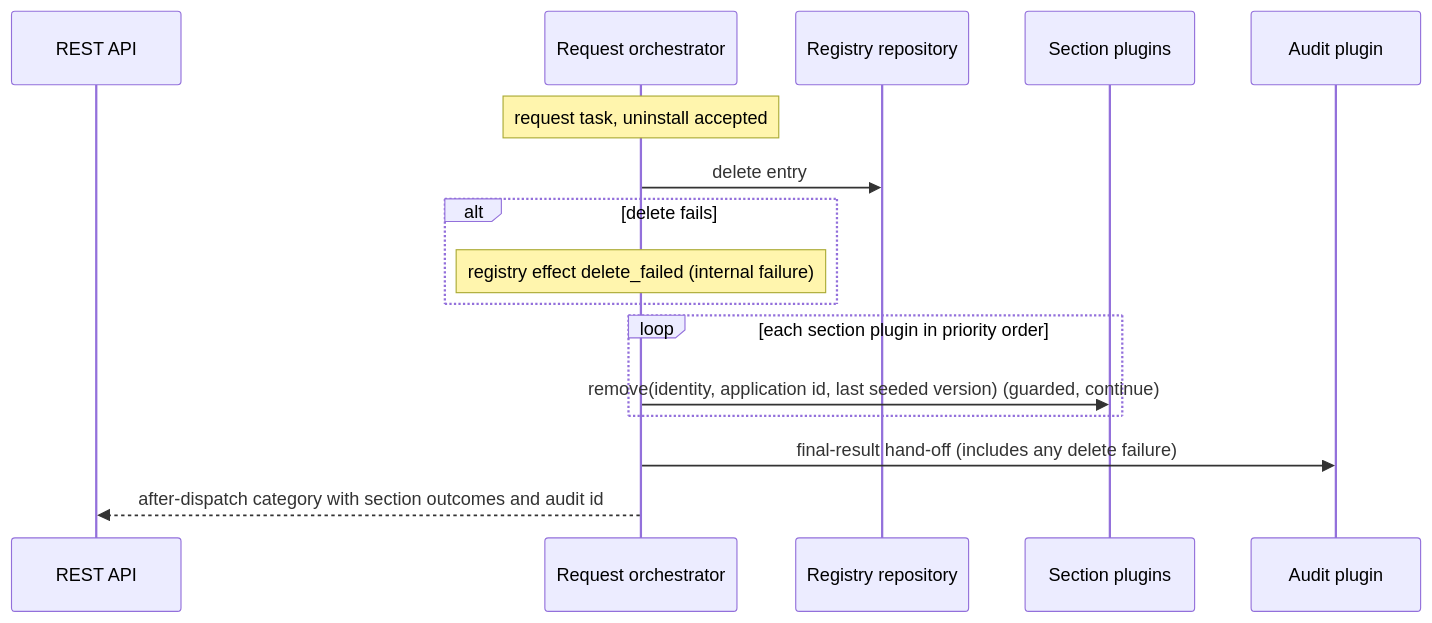
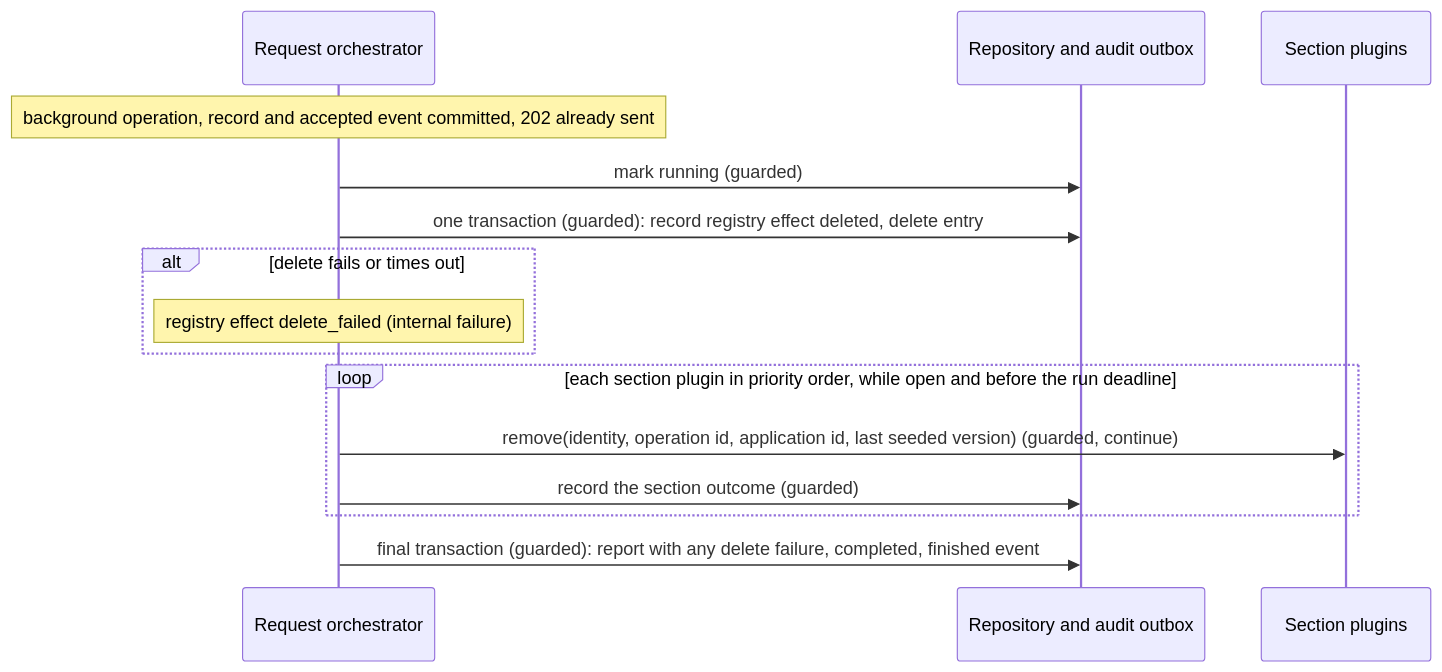
Before and after one commit to constructorfabric/gears-rust: the seventh of 12 diagrams in gears/system/application-manager/docs/DESIGN.md, drawn with Mermaid. The commit also changed other lines of this file and 8 other files, not shown here.

````diff
--- a/gears/system/application-manager/docs/DESIGN.md
+++ b/gears/system/application-manager/docs/DESIGN.md
@@ -1122,18 +1256,17 @@
 ```mermaid
 sequenceDiagram
-    participant API as REST API
     participant O as Request orchestrator
-    participant R as Registry repository
+    participant R as Repository and audit outbox
     participant P as Section plugins
-    participant A as Audit plugin
-    Note over O: request task, uninstall accepted
-    O ->> R: delete entry
-    alt delete fails
+    Note over O: background operation, record and accepted event committed, 202 already sent
+    O ->> R: mark running (guarded)
+    O ->> R: one transaction (guarded): record registry effect deleted, delete entry
+    alt delete fails or times out
         Note over O: registry effect delete_failed (internal failure)
     end
-    loop each section plugin in priority order
-        O ->> P: remove(identity, application id, last seeded version) (guarded, continue)
+    loop each section plugin in priority order, while open and before the run deadline
+        O ->> P: remove(identity, operation id, application id, last seeded version) (guarded, continue)
+        O ->> R: record the section outcome (guarded)
     end
-    O ->> A: final-result hand-off (includes any delete failure)
-    O -->> API: after-dispatch category with section outcomes and audit id
+    O ->> R: final transaction (guarded): report with any delete failure, completed, finished event
 ```
````
